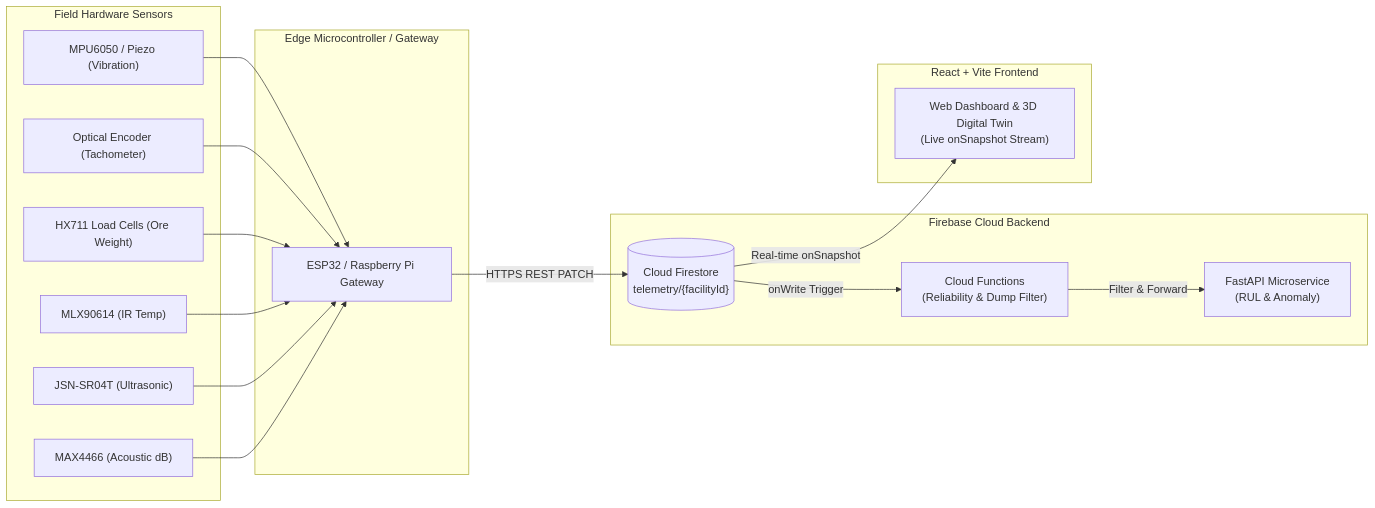
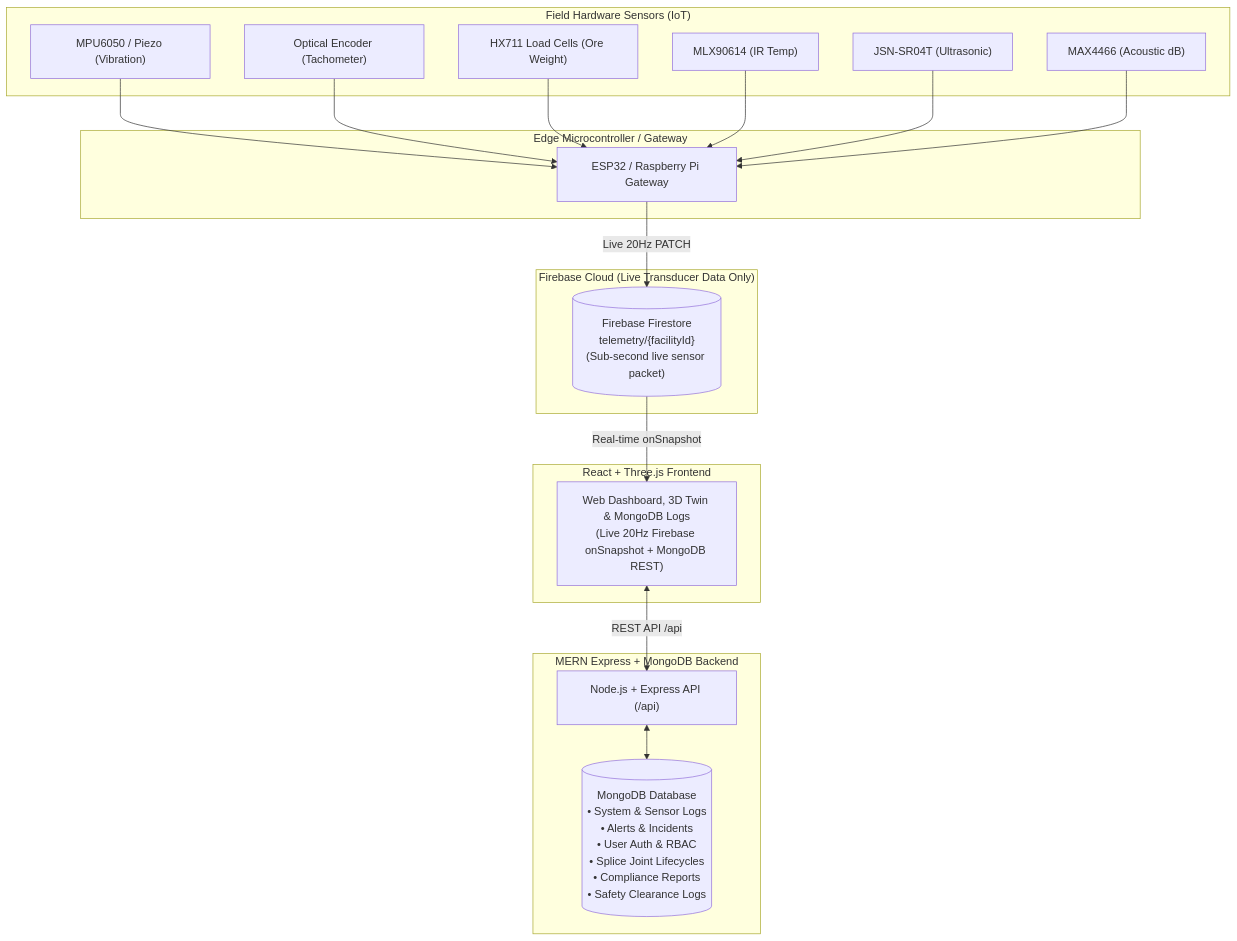
Before and after one commit to krish2225/SmartConveyor: the diagram in hardware/HARDWARE_INTEGRATION_GUIDE.md, drawn with Mermaid. The commit also changed other lines of this file and 46 other files, not shown here.

Commit message:
feat: implement backend architecture with MongoDB models, controllers, and routes to support emergency stop workflows and event logging.

````diff
--- a/hardware/HARDWARE_INTEGRATION_GUIDE.md
+++ b/hardware/HARDWARE_INTEGRATION_GUIDE.md
@@ -9,31 +9,34 @@
 ```mermaid
-flowchart LR
-    subgraph HardwareLayer ["Field Hardware Sensors"]
+flowchart TD
+    subgraph HardwareLayer ["Field Hardware Sensors (IoT)"]
         S1["MPU6050 / Piezo (Vibration)"]
         S2["Optical Encoder (Tachometer)"]
         S3["HX711 Load Cells (Ore Weight)"]
         S4["MLX90614 (IR Temp)"]
         S5["JSN-SR04T (Ultrasonic)"]
         S6["MAX4466 (Acoustic dB)"]
     end
 
     subgraph EdgeLayer ["Edge Microcontroller / Gateway"]
         ESP["ESP32 / Raspberry Pi Gateway"]
     end
 
-    subgraph CloudLayer ["Firebase Cloud Backend"]
-        FS[("Cloud Firestore\ntelemetry/{facilityId}")]
-        CF["Cloud Functions\n(Reliability & Dump Filter)"]
-        ML["FastAPI Microservice\n(RUL & Anomaly)"]
+    subgraph FirebaseLayer ["Firebase Cloud (Live Transducer Data Only)"]
+        FS[("Firebase Firestore\ntelemetry/{facilityId}\n(Sub-second live sensor packet)")]
     end
 
-    subgraph WebLayer ["React + Vite Frontend"]
-        UI["Web Dashboard & 3D Digital Twin\n(Live onSnapshot Stream)"]
+    subgraph MERNBackend ["MERN Express + MongoDB Backend"]
+        API["Node.js + Express API (/api)"]
+        MDB[("MongoDB Database\n• System & Sensor Logs\n• Alerts & Incidents\n• User Auth & RBAC\n• Splice Joint Lifecycles\n• Compliance Reports\n• Safety Clearance Logs")]
+    end
+
+    subgraph WebLayer ["React + Three.js Frontend"]
+        UI["Web Dashboard, 3D Twin & MongoDB Logs\n(Live 20Hz Firebase onSnapshot + MongoDB REST)"]
     end
 
     S1 & S2 & S3 & S4 & S5 & S6 --> ESP
-    ESP -->|HTTPS REST PATCH| FS
-    FS -->|onWrite Trigger| CF
-    CF -->|Filter & Forward| ML
+    ESP -->|Live 20Hz PATCH| FS
     FS -->|Real-time onSnapshot| UI
+    UI <-->|REST API /api| API
+    API <--> MDB
 ```
````
